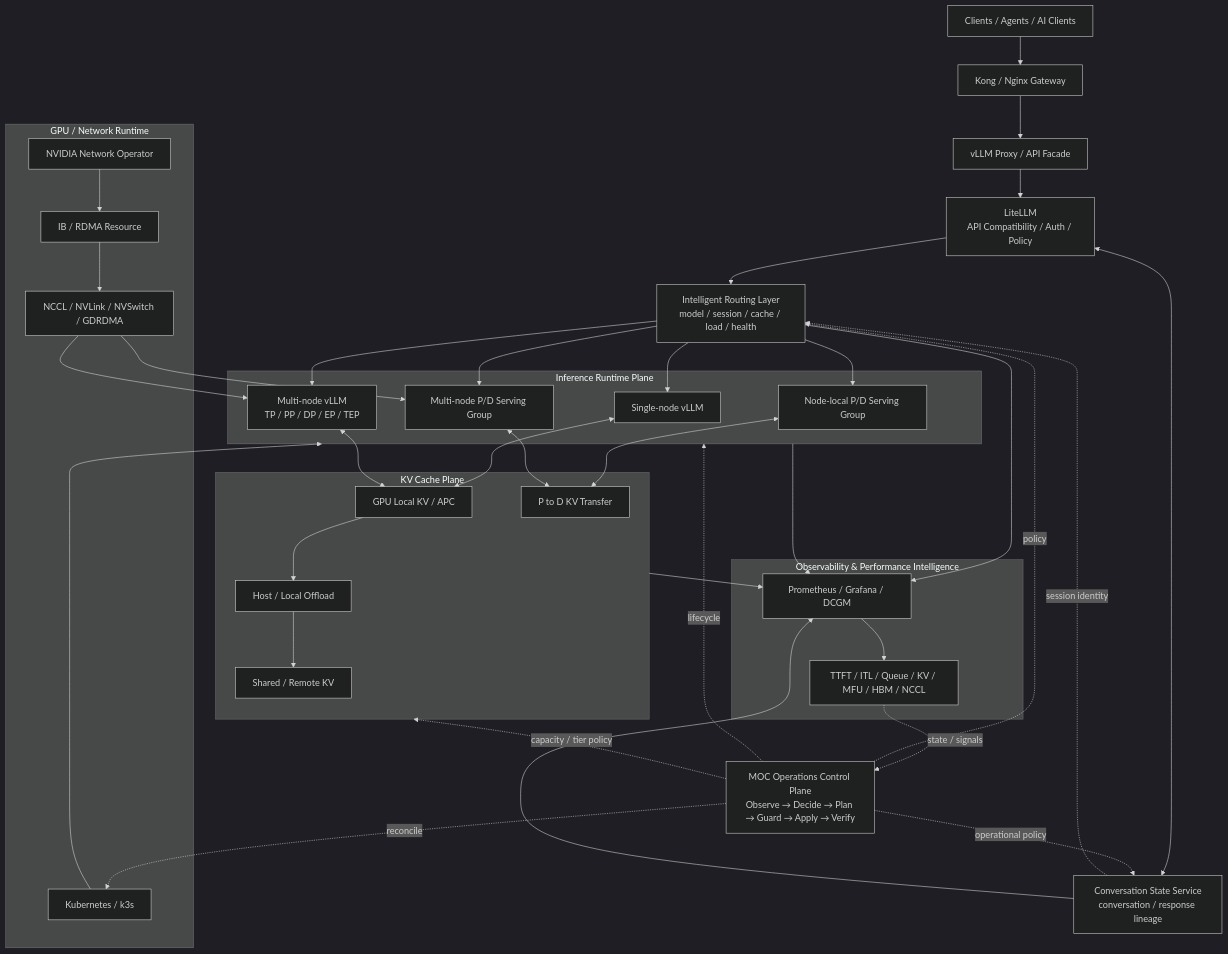
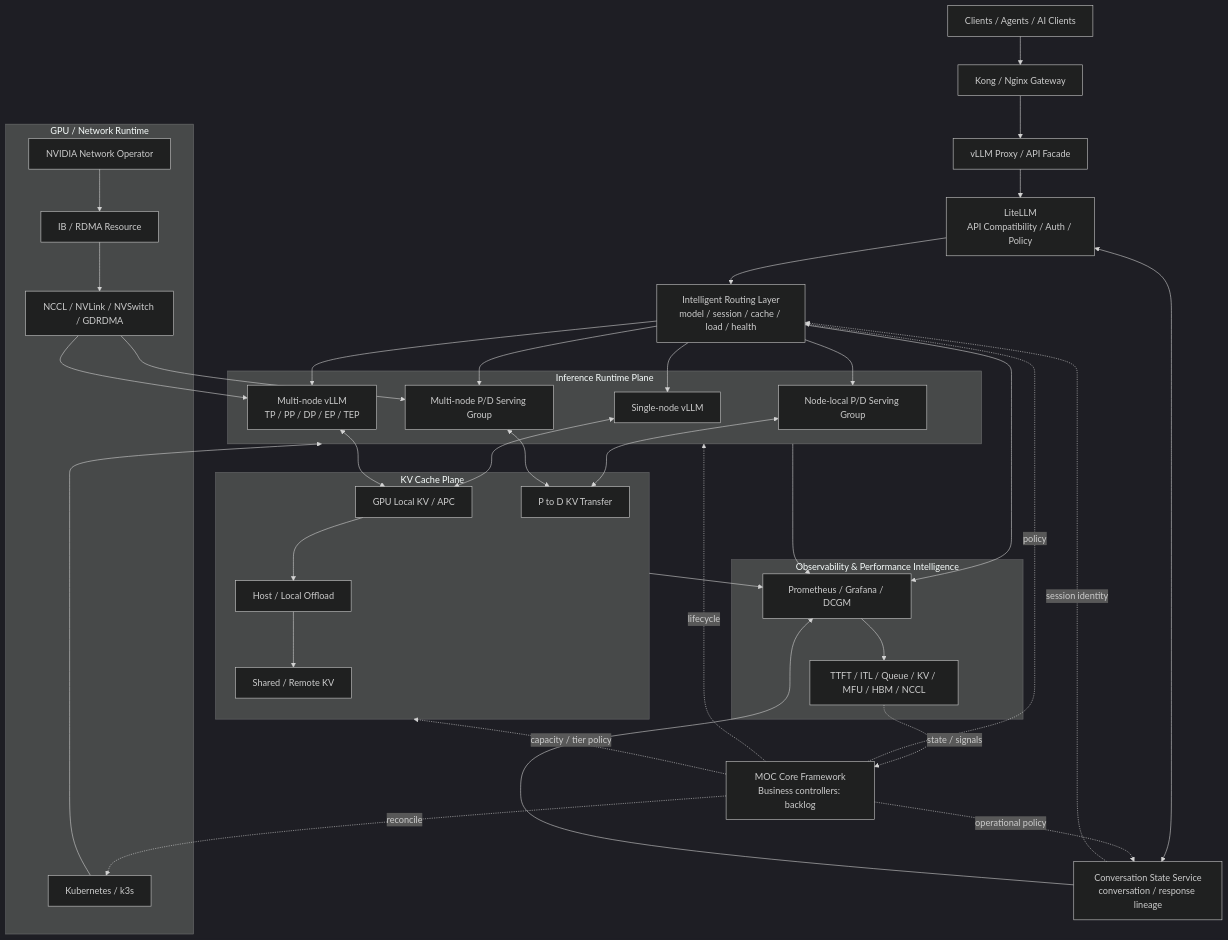
Before and after one commit to Soomin-Jung/temp: the diagram in roadmap/2026/Q3/architecture.md, drawn with Mermaid (dark theme). The commit also changed other lines of this file and 51 other files, not shown here.

````diff
--- a/roadmap/2026/Q3/architecture.md
+++ b/roadmap/2026/Q3/architecture.md
@@ -26,70 +26,70 @@
 ```mermaid
 flowchart TB
     C[Clients / Agents / AI Clients]
     GW[Kong / Nginx Gateway]
     VP[vLLM Proxy / API Facade]
     LL[LiteLLM\nAPI Compatibility / Auth / Policy]
 
     CS[Conversation State Service\nconversation / response lineage]
     CR[Intelligent Routing Layer\nmodel / session / cache / load / health]
 
     subgraph INF[Inference Runtime Plane]
       SN[Single-node vLLM]
       PD[Node-local P/D Serving Group]
       MN[Multi-node vLLM\nTP / PP / DP / EP / TEP]
       MPD[Multi-node P/D Serving Group]
     end
 
     subgraph CACHE[KV Cache Plane]
       L0[GPU Local KV / APC]
       L1[Host / Local Offload]
       KT[P to D KV Transfer]
       L2[Shared / Remote KV]
     end
 
     subgraph RUNTIME[GPU / Network Runtime]
       K8S[Kubernetes / k3s]
       NWO[NVIDIA Network Operator]
       RDMA[IB / RDMA Resource]
       NCCL[NCCL / NVLink / NVSwitch / GDRDMA]
     end
 
     subgraph OBS[Observability & Performance Intelligence]
       PROM[Prometheus / Grafana / DCGM]
       PERF[TTFT / ITL / Queue / KV / MFU / HBM / NCCL]
     end
 
-    MOC[MOC Operations Control Plane\nObserve → Decide → Plan → Guard → Apply → Verify]
+    MOC[MOC Core Framework\nBusiness controllers: backlog]
 
     C --> GW --> VP --> LL
     LL --> CR
     LL <--> CS
     CS -. session identity .-> CR
 
     CR --> SN
     CR --> PD
     CR --> MN
     CR --> MPD
 
     SN <--> L0
     PD <--> KT
     MN <--> L0
     MPD <--> KT
     L0 --> L1 --> L2
 
     K8S --> INF
     NWO --> RDMA --> NCCL --> MN
     NCCL --> MPD
 
     INF --> PROM --> PERF
     CACHE --> PROM
     CR --> PROM
     CS --> PROM
 
     MOC -. reconcile .-> K8S
     MOC -. policy .-> CR
     MOC -. lifecycle .-> INF
     MOC -. capacity / tier policy .-> CACHE
     MOC -. operational policy .-> CS
     PERF -. state / signals .-> MOC
 ```
````
